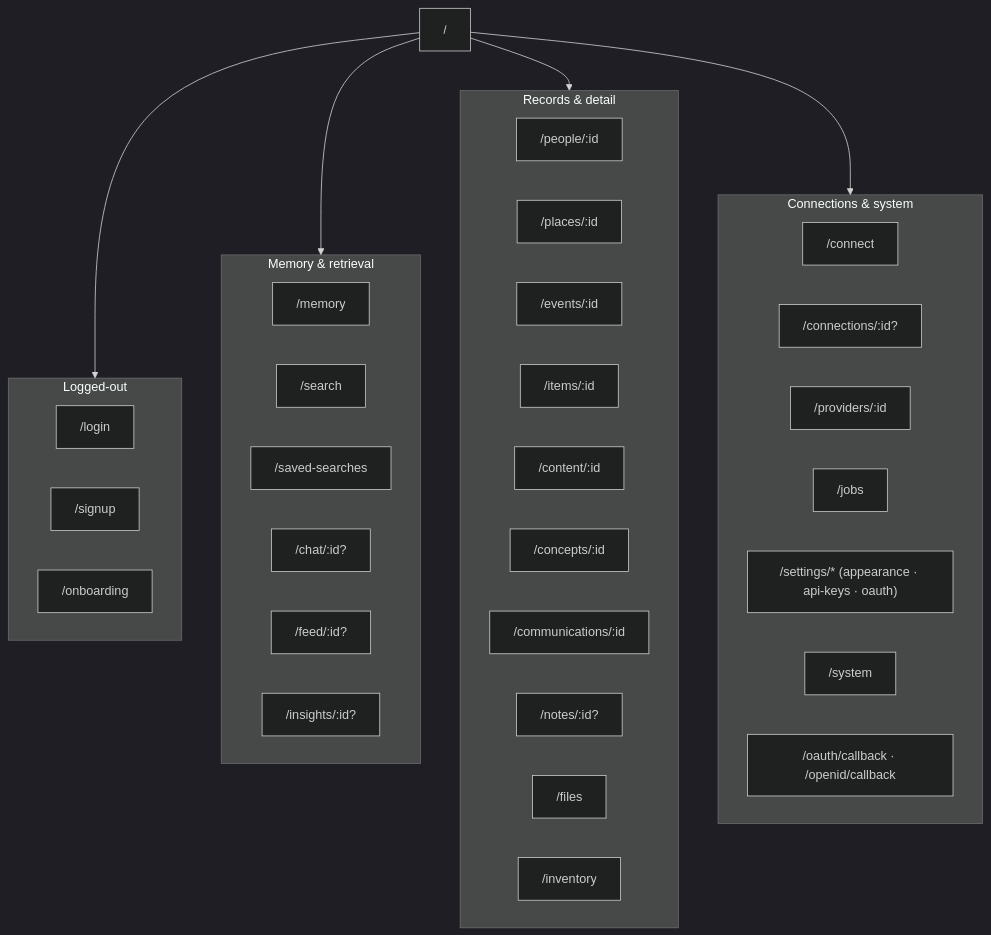
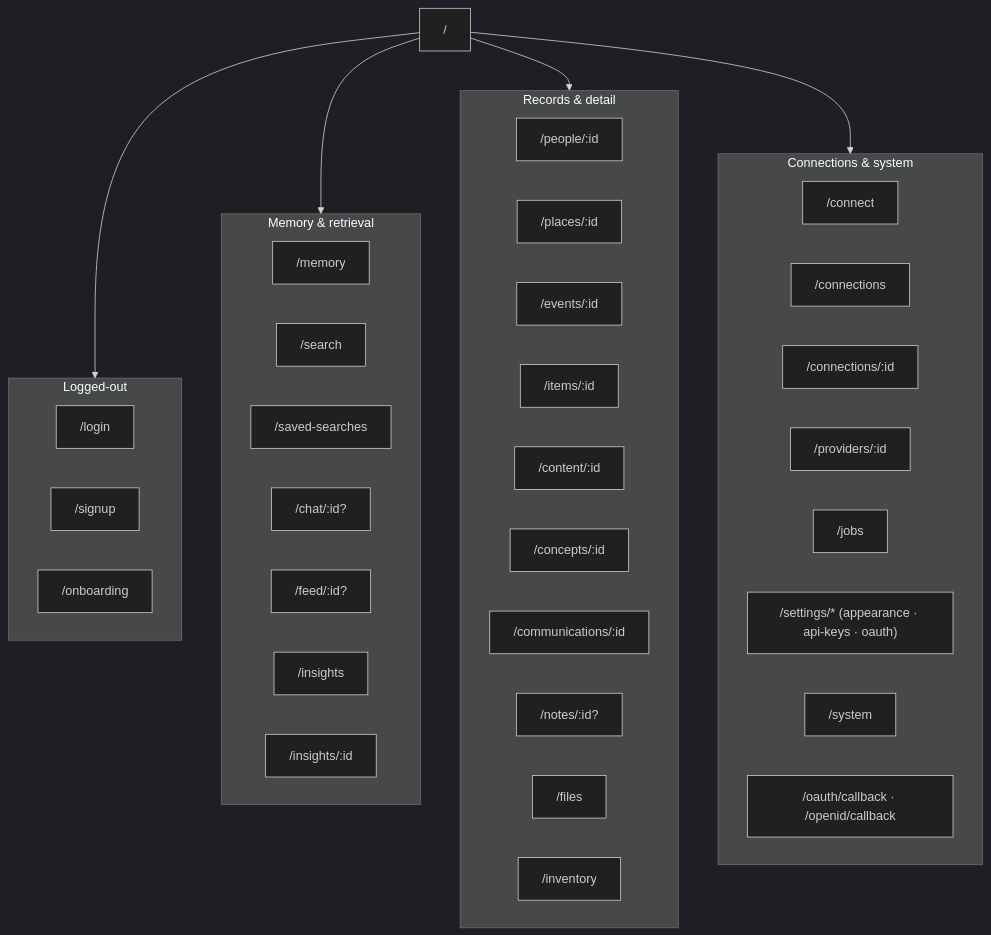
Before and after one commit to bennettchamberlain/Requiemv1: the diagram in frontend/apps/web/README.md, drawn with Mermaid (dark theme). The commit also changed 3 other files, not shown here.

First line of the commit message:
docs: address PR review — fix AGE leftover, route diagram, submodule note

````diff
--- a/frontend/apps/web/README.md
+++ b/frontend/apps/web/README.md
@@ -24,43 +24,45 @@
 ```mermaid
 flowchart TB
     Root["/"]
     subgraph Public["Logged-out"]
       Login["/login"]
       Signup["/signup"]
       Onboarding["/onboarding"]
     end
     subgraph Memory["Memory & retrieval"]
       Mem["/memory"]
       Search["/search"]
       Saved["/saved-searches"]
       Chat["/chat/:id?"]
       Feed["/feed/:id?"]
-      Insights["/insights/:id?"]
+      Insights["/insights"]
+      InsightDetail["/insights/:id"]
     end
     subgraph Records["Records & detail"]
       People["/people/:id"]
       Places["/places/:id"]
       Events["/events/:id"]
       Items["/items/:id"]
       Content["/content/:id"]
       Concepts["/concepts/:id"]
       Comms["/communications/:id"]
       Notes["/notes/:id?"]
       Files["/files"]
       Inventory["/inventory"]
     end
     subgraph Ops["Connections & system"]
       Connect["/connect"]
-      Connections["/connections/:id?"]
+      Connections["/connections"]
+      ConnectionDetail["/connections/:id"]
       Providers["/providers/:id"]
       Jobs["/jobs"]
       Settings["/settings/* (appearance · api-keys · oauth)"]
       System["/system"]
       OAuthCb["/oauth/callback · /openid/callback"]
     end
 
     Root --> Public
     Root --> Memory
     Root --> Records
     Root --> Ops
 ```
````
